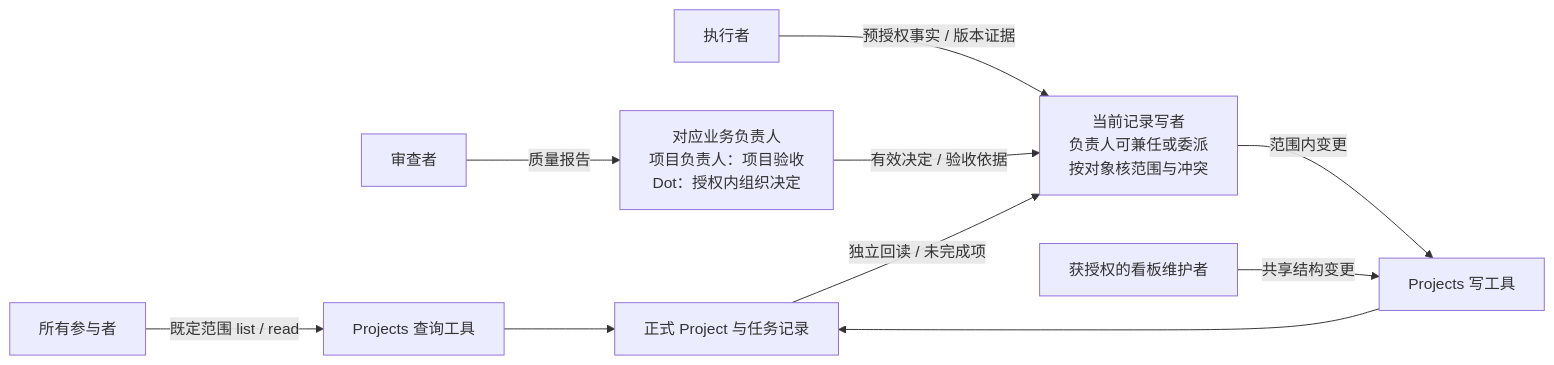
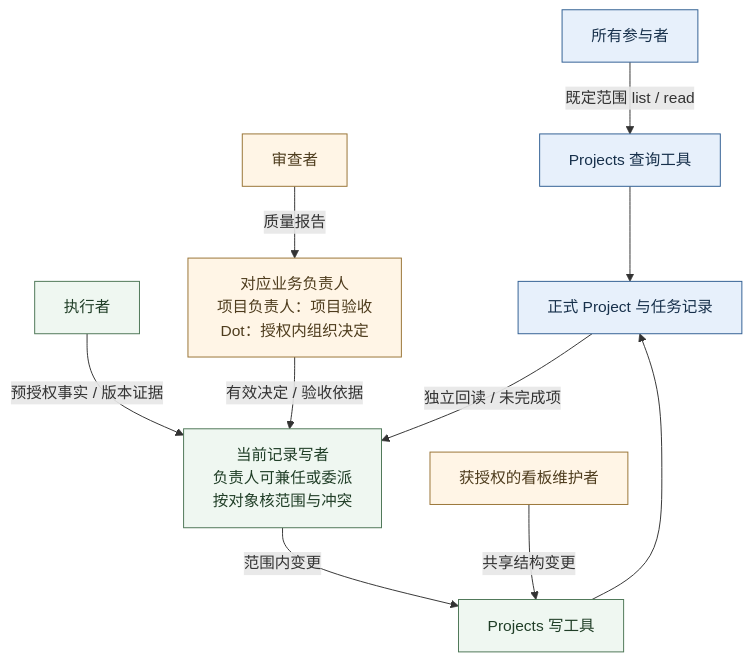
The diagram in docs/github-projects-operations/diagrams/access-and-recording.mmd (CF-FE/mymcp-4-codexcloud), drawn with Mermaid before and after one commit. The commit also changed 14 other files, not shown here.

```diff
--- a/docs/github-projects-operations/diagrams/access-and-recording.mmd
+++ b/docs/github-projects-operations/diagrams/access-and-recording.mmd
@@ -1,11 +1,17 @@
 %% 2026-10-27 方案v1。职责与调用路线，不表示所有端已安装或权限已隔离。
-flowchart LR
+flowchart TB
     everyone["所有参与者"] -->|既定范围 list / read| read["Projects 查询工具"]
     read --> board["正式 Project 与任务记录"]
     executor["执行者"] -->|预授权事实 / 版本证据| writer["当前记录写者\n负责人可兼任或委派\n按对象核范围与冲突"]
     reviewer["审查者"] -->|质量报告| owner["对应业务负责人\n项目负责人：项目验收\nDot：授权内组织决定"]
     owner -->|有效决定 / 验收依据| writer
     writer -->|范围内变更| write["Projects 写工具"]
     keeper["获授权的看板维护者"] -->|共享结构变更| write
     write --> board
     board -->|独立回读 / 未完成项| writer
+    classDef readPath fill:#e7f0fb,stroke:#315f93,color:#17304b;
+    classDef writePath fill:#eff7f1,stroke:#4d7656,color:#203e27;
+    classDef decision fill:#fff5e6,stroke:#987334,color:#4e3c1d;
+    class everyone,read,board readPath;
+    class executor,writer,write writePath;
+    class reviewer,owner,keeper decision;
```
